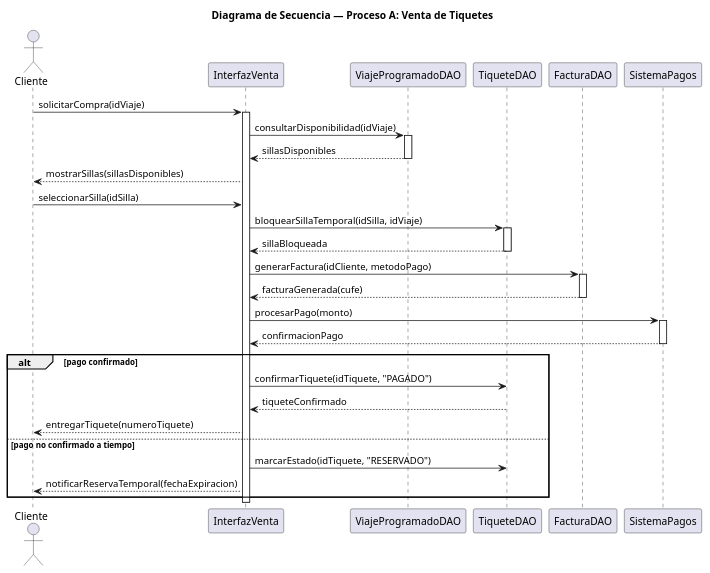
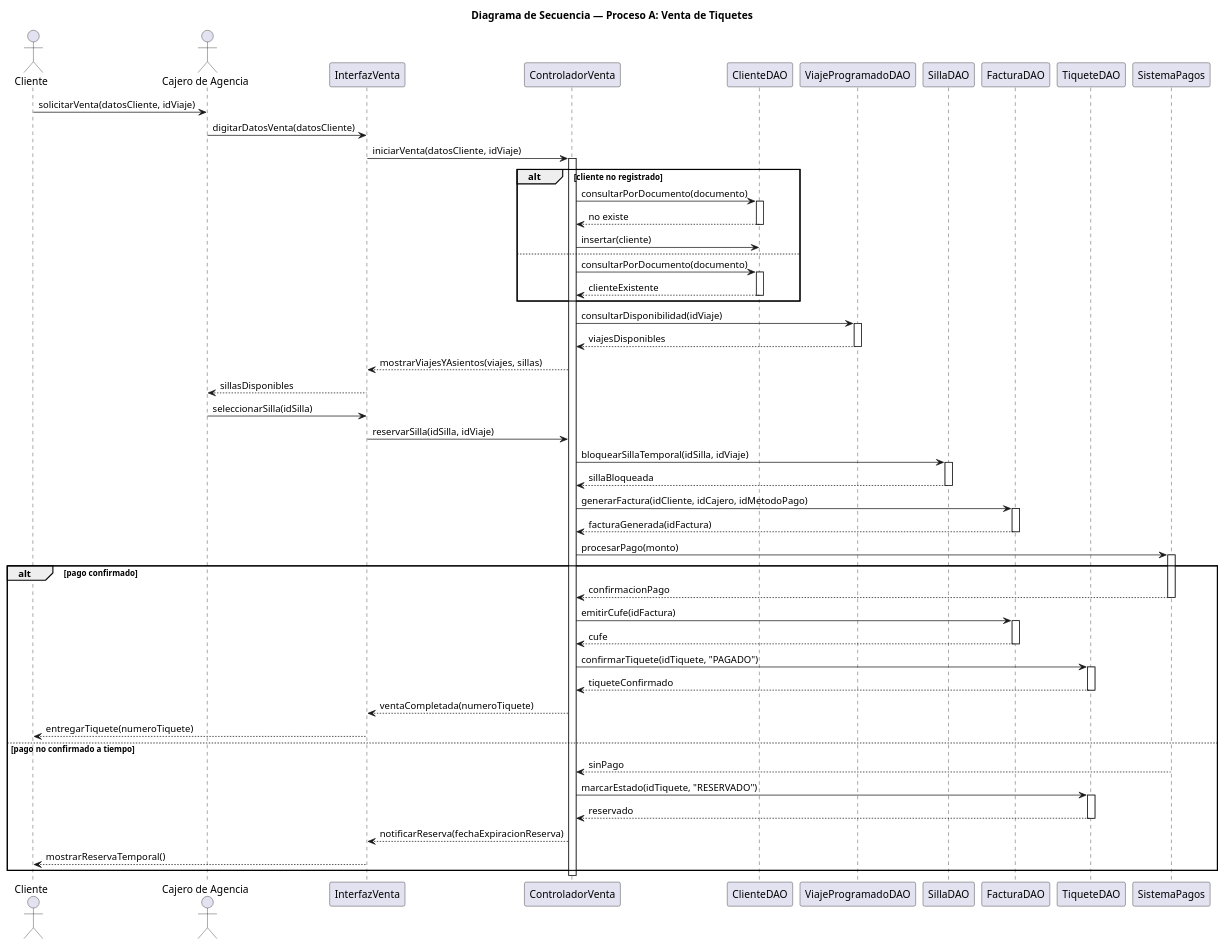
One commit to SKing25/Copetran- changed the diagram in docs/parcial-primer-corte/diagramas/secuencia/secuencia-venta-tiquetes.puml. Above: the diagram before and after it, drawn with PlantUML. The commit also changed 23 other files, not shown here.

```diff
--- a/docs/parcial-primer-corte/diagramas/secuencia/secuencia-venta-tiquetes.puml
+++ b/docs/parcial-primer-corte/diagramas/secuencia/secuencia-venta-tiquetes.puml
@@ -1,40 +1,77 @@
 @startuml secuencia_venta_tiquetes
 title Diagrama de Secuencia — Proceso A: Venta de Tiquetes
 actor Cliente
+actor "Cajero de Agencia" as Cajero
 participant "InterfazVenta" as UI
+participant "ControladorVenta" as Controlador
+participant "ClienteDAO" as ClienteDAO
 participant "ViajeProgramadoDAO" as ViajeDAO
+participant "SillaDAO" as SillaDAO
+participant "FacturaDAO" as FacturaDAO
 participant "TiqueteDAO" as TiqueteDAO
-participant "FacturaDAO" as FacturaDAO
 participant "SistemaPagos" as Pagos
 
-Cliente -> UI : solicitarCompra(idViaje)
-activate UI
-UI -> ViajeDAO : consultarDisponibilidad(idViaje)
+Cliente -> Cajero : solicitarVenta(datosCliente, idViaje)
+Cajero -> UI : digitarDatosVenta(datosCliente)
+UI -> Controlador : iniciarVenta(datosCliente, idViaje)
+activate Controlador
+
+alt cliente no registrado
+    Controlador -> ClienteDAO : consultarPorDocumento(documento)
+    activate ClienteDAO
+    ClienteDAO --> Controlador : no existe
+    deactivate ClienteDAO
+    Controlador -> ClienteDAO : insertar(cliente)
+else
+    Controlador -> ClienteDAO : consultarPorDocumento(documento)
+    activate ClienteDAO
+    ClienteDAO --> Controlador : clienteExistente
+    deactivate ClienteDAO
+end
+
+Controlador -> ViajeDAO : consultarDisponibilidad(idViaje)
 activate ViajeDAO
-ViajeDAO --> UI : sillasDisponibles
+ViajeDAO --> Controlador : viajesDisponibles
 deactivate ViajeDAO
-UI --> Cliente : mostrarSillas(sillasDisponibles)
-Cliente -> UI : seleccionarSilla(idSilla)
-UI -> TiqueteDAO : bloquearSillaTemporal(idSilla, idViaje)
-activate TiqueteDAO
-TiqueteDAO --> UI : sillaBloqueada
-deactivate TiqueteDAO
-UI -> FacturaDAO : generarFactura(idCliente, metodoPago)
+
+Controlador --> UI : mostrarViajesYAsientos(viajes, sillas)
+UI --> Cajero : sillasDisponibles
+Cajero -> UI : seleccionarSilla(idSilla)
+UI -> Controlador : reservarSilla(idSilla, idViaje)
+Controlador -> SillaDAO : bloquearSillaTemporal(idSilla, idViaje)
+activate SillaDAO
+SillaDAO --> Controlador : sillaBloqueada
+deactivate SillaDAO
+
+Controlador -> FacturaDAO : generarFactura(idCliente, idCajero, idMetodoPago)
 activate FacturaDAO
-FacturaDAO --> UI : facturaGenerada(cufe)
+FacturaDAO --> Controlador : facturaGenerada(idFactura)
 deactivate FacturaDAO
-UI -> Pagos : procesarPago(monto)
+
+Controlador -> Pagos : procesarPago(monto)
 activate Pagos
-Pagos --> UI : confirmacionPago
-deactivate Pagos
-
 alt pago confirmado
-    UI -> TiqueteDAO : confirmarTiquete(idTiquete, "PAGADO")
-    TiqueteDAO --> UI : tiqueteConfirmado
+    Pagos --> Controlador : confirmacionPago
+    deactivate Pagos
+    Controlador -> FacturaDAO : emitirCufe(idFactura)
+    activate FacturaDAO
+    FacturaDAO --> Controlador : cufe
+    deactivate FacturaDAO
+    Controlador -> TiqueteDAO : confirmarTiquete(idTiquete, "PAGADO")
+    activate TiqueteDAO
+    TiqueteDAO --> Controlador : tiqueteConfirmado
+    deactivate TiqueteDAO
+    Controlador --> UI : ventaCompletada(numeroTiquete)
     UI --> Cliente : entregarTiquete(numeroTiquete)
 else pago no confirmado a tiempo
-    UI -> TiqueteDAO : marcarEstado(idTiquete, "RESERVADO")
-    UI --> Cliente : notificarReservaTemporal(fechaExpiracion)
+    Pagos --> Controlador : sinPago
+    deactivate Pagos
+    Controlador -> TiqueteDAO : marcarEstado(idTiquete, "RESERVADO")
+    activate TiqueteDAO
+    TiqueteDAO --> Controlador : reservado
+    deactivate TiqueteDAO
+    Controlador --> UI : notificarReserva(fechaExpiracionReserva)
+    UI --> Cliente : mostrarReservaTemporal()
 end
-deactivate UI
+deactivate Controlador
 @enduml
```
